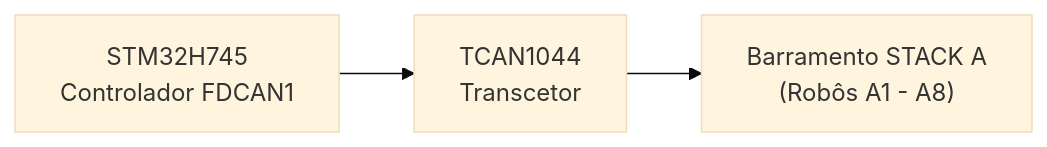
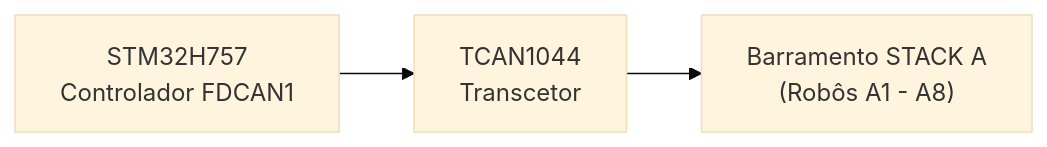
The first of 2 diagrams in docs/HARDWARE_SPECIFICATION_por.md (JuanenRac/HYDRA-UMC), drawn with Mermaid (base theme) before and after one commit. The commit also changed other lines of this file and 41 other files, not shown here.

````diff
--- a/docs/HARDWARE_SPECIFICATION_por.md
+++ b/docs/HARDWARE_SPECIFICATION_por.md
@@ -72,4 +72,4 @@
 ```mermaid
 flowchart LR
-    FDCAN1["STM32H745<br/>Controlador FDCAN1"] --> XCVR["TCAN1044<br/>Transcetor"] --> BUS["Barramento STACK A<br/>(Robôs A1 - A8)"]
+    FDCAN1["STM32H757<br/>Controlador FDCAN1"] --> XCVR["TCAN1044<br/>Transcetor"] --> BUS["Barramento STACK A<br/>(Robôs A1 - A8)"]
 ```
````
